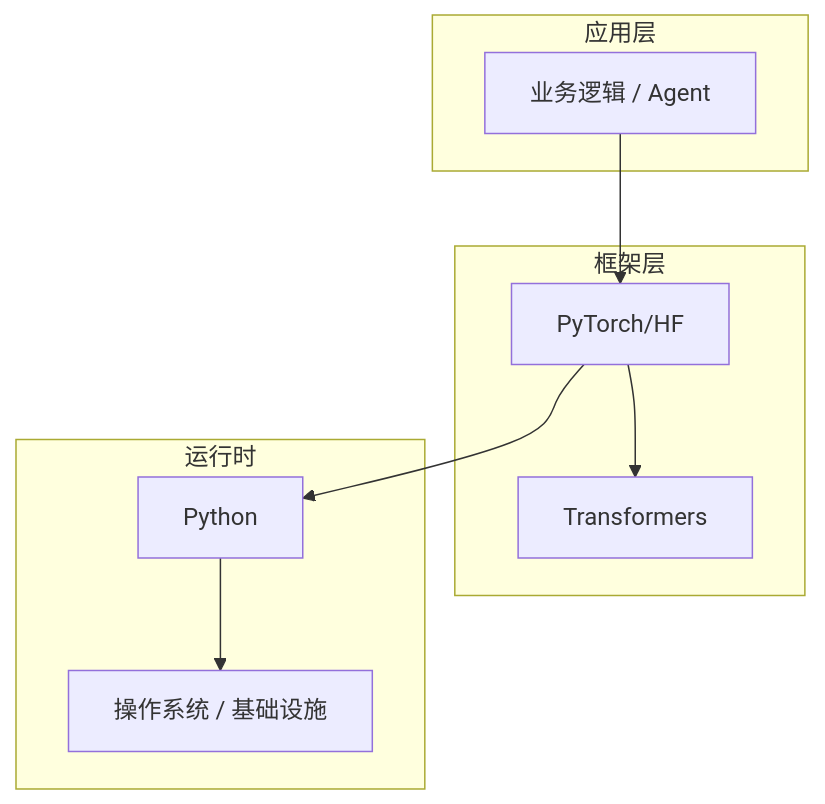
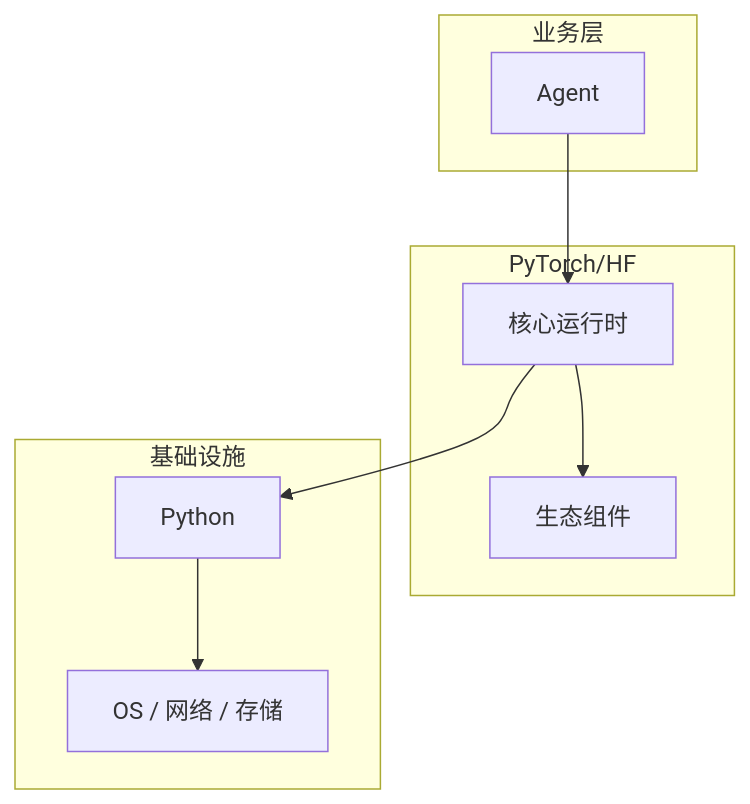
Before and after one commit to yanggan2015/knowledge-json-v2: the diagram in articles/大语言模型/chapters/088-Agent核心概念与原理.md, drawn with Mermaid. The commit also changed other lines of this file and 10127 other files, not shown here.

````diff
--- a/articles/大语言模型/chapters/088-Agent核心概念与原理.md
+++ b/articles/大语言模型/chapters/088-Agent核心概念与原理.md
@@ -45,18 +30,18 @@
 ```mermaid
 graph TB
-    subgraph 应用层
-        A[业务逻辑 / Agent]
+    subgraph 业务层
+        A[Agent]
     end
-    subgraph 框架层
-        B[PyTorch/HF]
-        C[Transformers]
+    subgraph PyTorch/HF
+        B[核心运行时]
+        C[生态组件]
     end
-    subgraph 运行时
+    subgraph 基础设施
         D[Python]
-        E[操作系统 / 基础设施]
+        E[OS / 网络 / 存储]
     end
     A --> B
     B --> C
     B --> D
     D --> E
 ```
````
